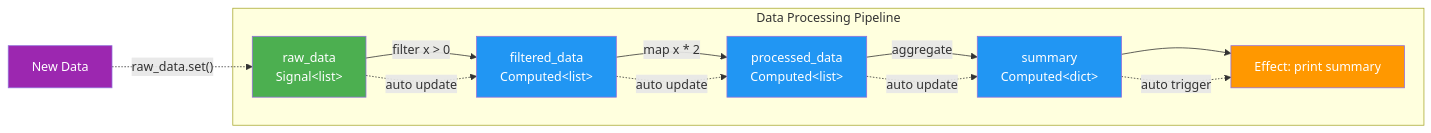
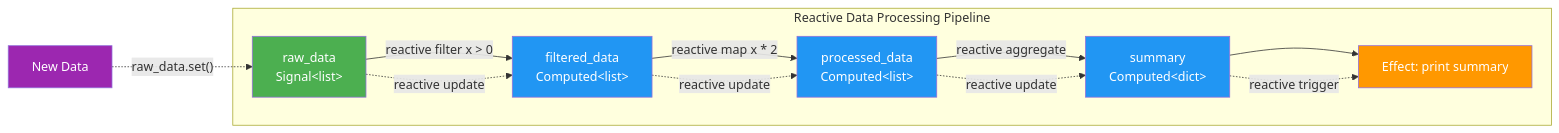
The third of 3 diagrams in README.md (buiapp/reaktiv), drawn with Mermaid before and after one commit. The commit also changed other lines of this file, not shown here.

Commit message:
docs: enhance README for clarity and consistency in reactive concepts

````diff
--- a/README.md
+++ b/README.md
@@ -359,31 +384,31 @@
 ```mermaid
 graph LR
-    subgraph "Data Processing Pipeline"
+    subgraph "Reactive Data Processing Pipeline"
         RD[raw_data<br/>Signal&lt;list&gt;]
         FD[filtered_data<br/>Computed&lt;list&gt;]
         PD[processed_data<br/>Computed&lt;list&gt;]
         SUM[summary<br/>Computed&lt;dict&gt;]
         
-        RD -->|filter x > 0| FD
-        FD -->|map x * 2| PD
-        PD -->|aggregate| SUM
+        RD -->|reactive filter x > 0| FD
+        FD -->|reactive map x * 2| PD
+        PD -->|reactive aggregate| SUM
         
         SUM --> EFF[Effect: print summary]
     end
     
     NEW[New Data] -.->|"raw_data.set()"| RD
-    RD -.->|auto update| FD
-    FD -.->|auto update| PD
-    PD -.->|auto update| SUM
-    SUM -.->|auto trigger| EFF
+    RD -.->|reactive update| FD
+    FD -.->|reactive update| PD
+    PD -.->|reactive update| SUM
+    SUM -.->|reactive trigger| EFF
     
     classDef signal fill:#4CAF50,color:white
     classDef computed fill:#2196F3,color:white
     classDef effect fill:#FF9800,color:white
     classDef input fill:#9C27B0,color:white
     
     class RD signal
     class FD,PD,SUM computed
     class EFF effect
     class NEW input
 ```
````
